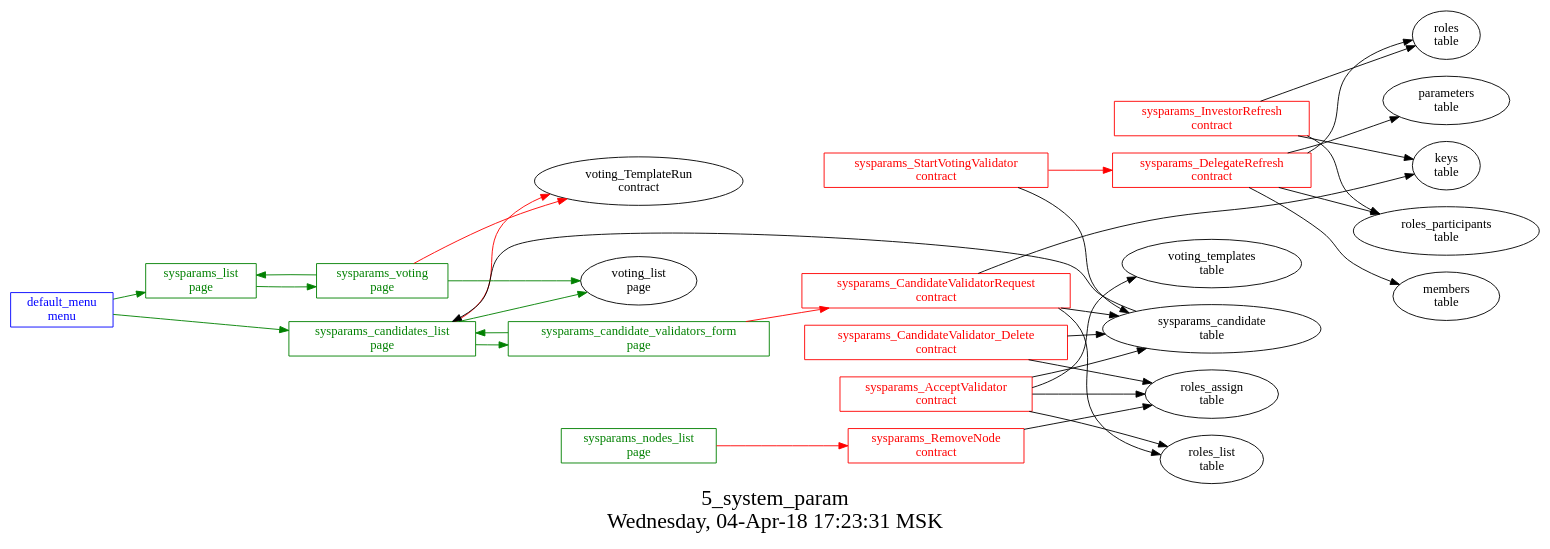
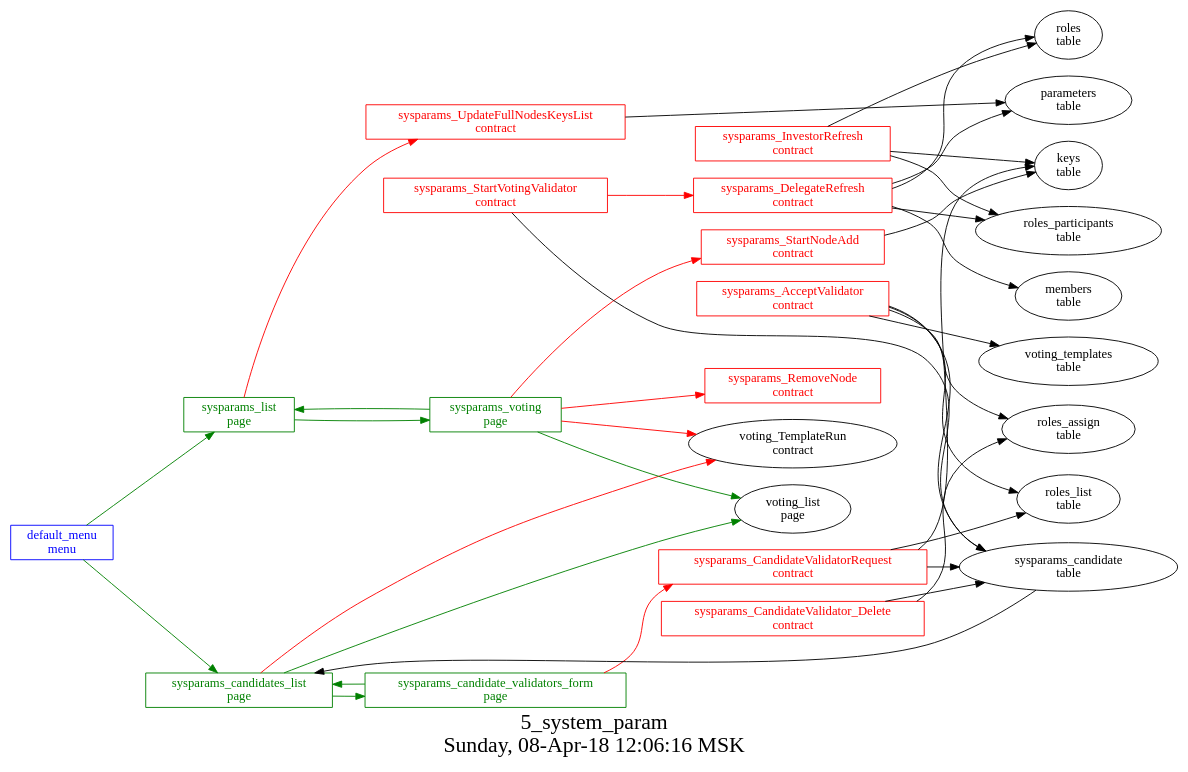
The diagram in src/basic/basic_main/5_system_params/struct.dot (AplaProject/apps), drawn with Graphviz before and after one commit. The commit also changed 9 other files, not shown here.

```diff
--- a/src/basic/basic_main/5_system_params/struct.dot
+++ b/src/basic/basic_main/5_system_params/struct.dot
@@ -1,56 +1,60 @@
 digraph G {
 graph [
   fontsize="24";
-  label="5_system_param\nWednesday, 04-Apr-18 17:23:31 MSK";
+  label="5_system_param\nSunday, 08-Apr-18 12:06:16 MSK";
   nojustify=true;
   ordering=out;
   rankdir=LR;
   size="30";
 ];
 "default_menu\nmenu" -> "sysparams_list\npage"  [ color=green ]
 "default_menu\nmenu" -> "sysparams_candidates_list\npage"  [ color=green ]
 "default_menu\nmenu" [color=blue, fontcolor=blue, group=menus, shape=record];
 "sysparams_candidate_validators_form\npage" -> "sysparams_CandidateValidatorRequest\ncontract"  [ color=red ]
 "sysparams_candidate_validators_form\npage" -> "sysparams_candidates_list\npage"  [ color=green ]
 "sysparams_candidate_validators_form\npage" [color=green, fontcolor=green, group=pages, shape=record];
 "sysparams_candidates_list\npage" -> "voting_TemplateRun\ncontract"  [ color=red ]
 "sysparams_candidate\ntable" -> "sysparams_candidates_list\npage"  [ color="" ]
 "sysparams_candidates_list\npage" -> "voting_list\npage"  [ color=green ]
 "sysparams_candidates_list\npage" -> "sysparams_candidate_validators_form\npage"  [ color=green ]
 "sysparams_candidates_list\npage" [color=green, fontcolor=green, group=pages, shape=record];
+"sysparams_list\npage" -> "sysparams_UpdateFullNodesKeysList\ncontract"  [ color=red ]
 "sysparams_list\npage" -> "sysparams_voting\npage"  [ color=green ]
 "sysparams_list\npage" [color=green, fontcolor=green, group=pages, shape=record];
-"sysparams_nodes_list\npage" -> "sysparams_RemoveNode\ncontract"  [ color=red ]
-"sysparams_nodes_list\npage" [color=green, fontcolor=green, group=pages, shape=record];
+"sysparams_voting\npage" -> "sysparams_StartNodeAdd\ncontract"  [ color=red ]
+"sysparams_voting\npage" -> "sysparams_RemoveNode\ncontract"  [ color=red ]
 "sysparams_voting\npage" -> "voting_TemplateRun\ncontract"  [ color=red ]
 "sysparams_voting\npage" -> "sysparams_list\npage"  [ color=green ]
 "sysparams_voting\npage" -> "voting_list\npage"  [ color=green ]
 "sysparams_voting\npage" [color=green, fontcolor=green, group=pages, shape=record];
 "sysparams_AcceptValidator\ncontract" -> "voting_templates\ntable"  [ color="" ]
 "sysparams_AcceptValidator\ncontract" -> "sysparams_candidate\ntable"  [ color="" ]
 "sysparams_AcceptValidator\ncontract" -> "roles_assign\ntable"  [ color="" ]
 "sysparams_AcceptValidator\ncontract" -> "roles_list\ntable"  [ color="" ]
 "sysparams_AcceptValidator\ncontract" [color=red, fontcolor=red, group=contracts, shape=record];
 "sysparams_CandidateValidatorRequest\ncontract" -> "keys\ntable"  [ color="" ]
 "sysparams_CandidateValidatorRequest\ncontract" -> "roles_list\ntable"  [ color="" ]
 "sysparams_CandidateValidatorRequest\ncontract" -> "sysparams_candidate\ntable"  [ color="" ]
 "sysparams_CandidateValidatorRequest\ncontract" [color=red, fontcolor=red, group=contracts, shape=record];
 "sysparams_CandidateValidator_Delete\ncontract" -> "sysparams_candidate\ntable"  [ color="" ]
 "sysparams_CandidateValidator_Delete\ncontract" -> "roles_assign\ntable"  [ color="" ]
 "sysparams_CandidateValidator_Delete\ncontract" [color=red, fontcolor=red, group=contracts, shape=record];
 "sysparams_DelegateRefresh\ncontract" -> "roles\ntable"  [ color="" ]
 "sysparams_DelegateRefresh\ncontract" -> "parameters\ntable"  [ color="" ]
 "sysparams_DelegateRefresh\ncontract" -> "roles_participants\ntable"  [ color="" ]
 "sysparams_DelegateRefresh\ncontract" -> "members\ntable"  [ color="" ]
 "sysparams_DelegateRefresh\ncontract" [color=red, fontcolor=red, group=contracts, shape=record];
 "sysparams_InvestorRefresh\ncontract" -> "roles\ntable"  [ color="" ]
 "sysparams_InvestorRefresh\ncontract" -> "keys\ntable"  [ color="" ]
 "sysparams_InvestorRefresh\ncontract" -> "roles_participants\ntable"  [ color="" ]
 "sysparams_InvestorRefresh\ncontract" [color=red, fontcolor=red, group=contracts, shape=record];
-"sysparams_RemoveNode\ncontract" -> "roles_assign\ntable"  [ color="" ]
 "sysparams_RemoveNode\ncontract" [color=red, fontcolor=red, group=contracts, shape=record];
+"sysparams_StartNodeAdd\ncontract" -> "keys\ntable"  [ color="" ]
+"sysparams_StartNodeAdd\ncontract" [color=red, fontcolor=red, group=contracts, shape=record];
 "sysparams_StartVotingValidator\ncontract" -> "sysparams_DelegateRefresh\ncontract"  [ color=red ]
 "sysparams_StartVotingValidator\ncontract" -> "sysparams_candidate\ntable"  [ color="" ]
 "sysparams_StartVotingValidator\ncontract" [color=red, fontcolor=red, group=contracts, shape=record];
+"sysparams_UpdateFullNodesKeysList\ncontract" -> "parameters\ntable"  [ color="" ]
+"sysparams_UpdateFullNodesKeysList\ncontract" [color=red, fontcolor=red, group=contracts, shape=record];
 "sysparams_candidate\ntable" [color="", fontcolor="", group=tables, shape=""];
 }
```
